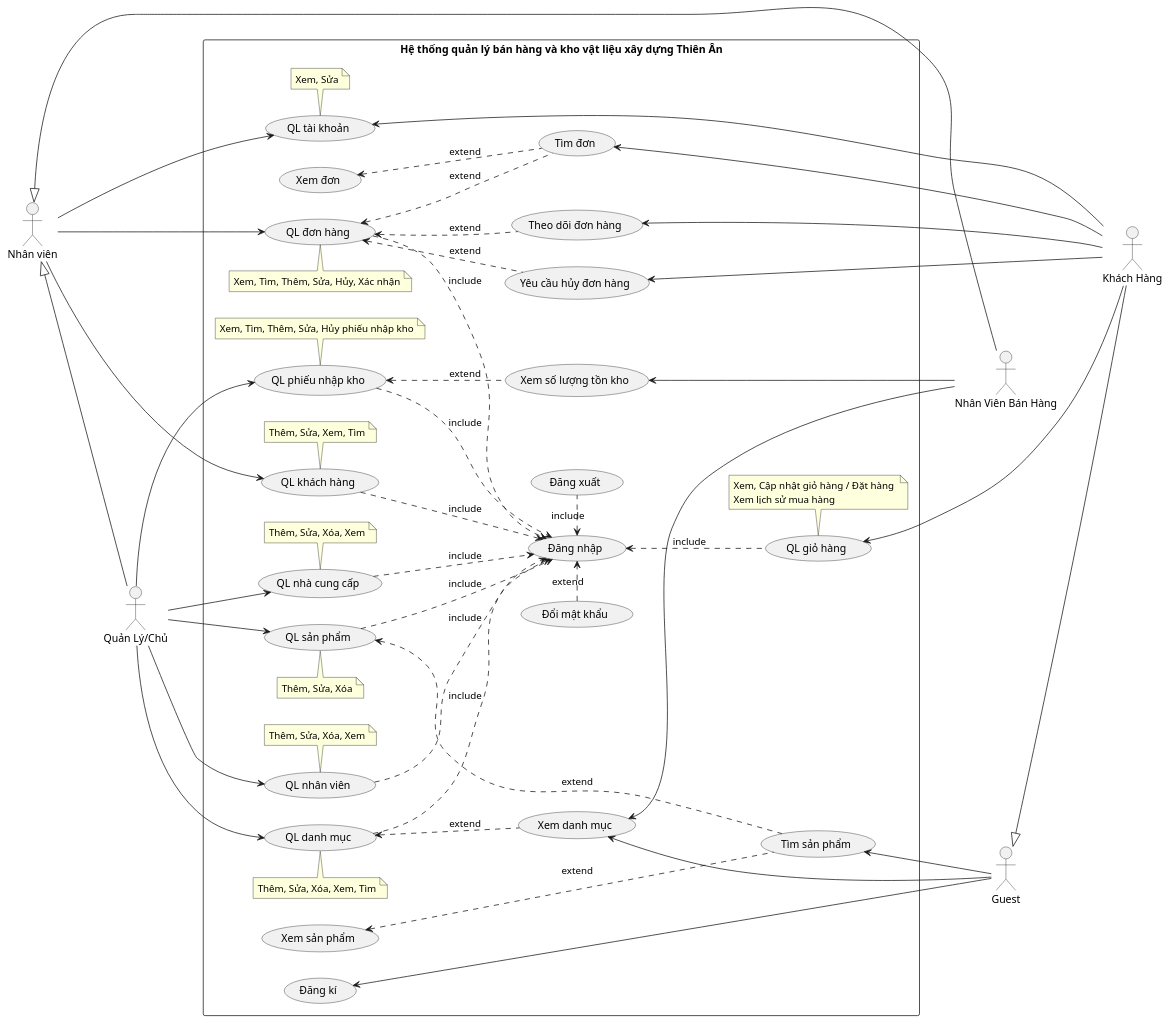
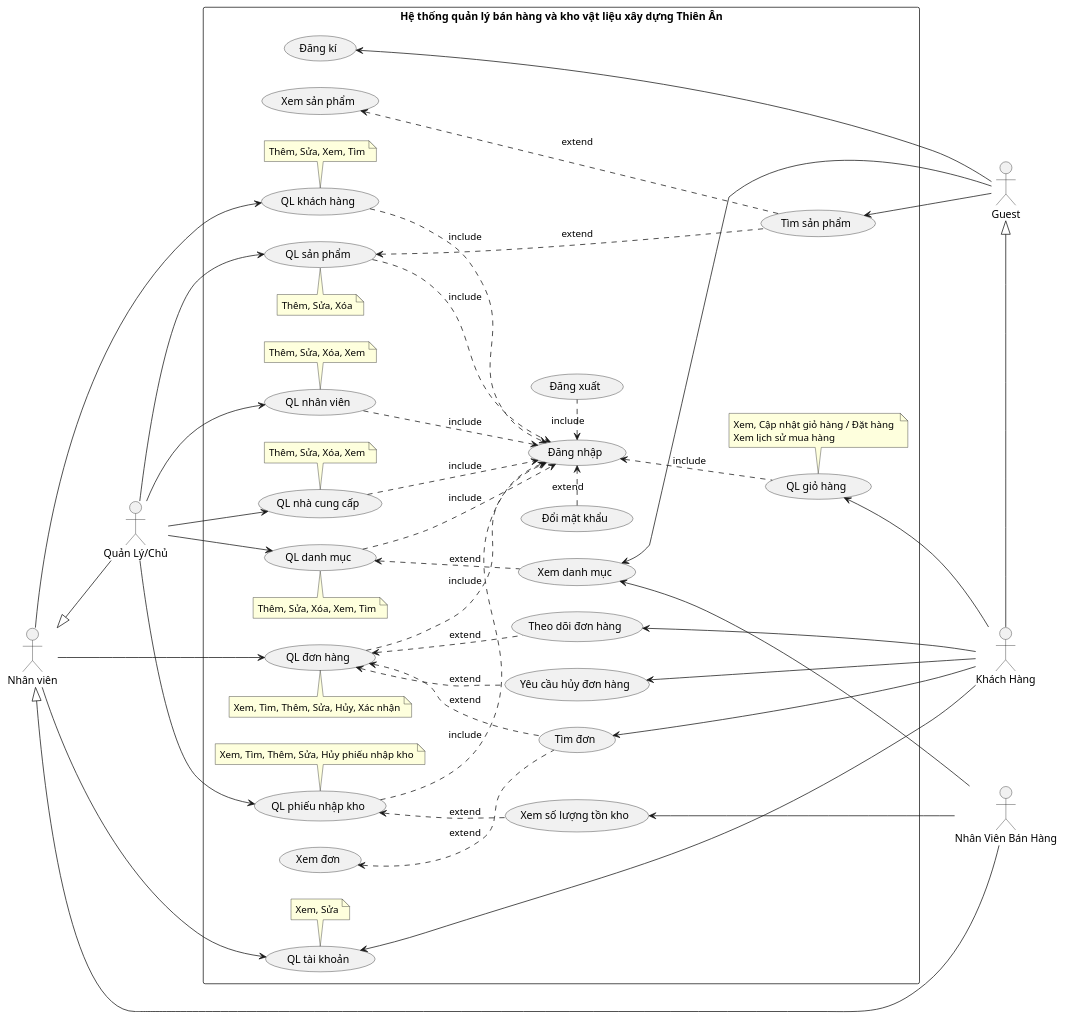
The first of 2 diagrams in assets/plantuml/Oris/Oris-NewUC.puml (ThanhdatOris/LAB2211), drawn with PlantUML before and after one commit.

```diff
--- a/assets/plantuml/Oris/Oris-NewUC.puml
+++ b/assets/plantuml/Oris/Oris-NewUC.puml
@@ -5,144 +5,144 @@
 @startuml
 
 skinparam shadowing false
 left to right direction
 
 '------------- Actor -------------
 
 actor "Nhân viên" as NV
 actor "Quản Lý/Chủ" as NVQL
 actor "Nhân Viên Bán Hàng" as NVBH
 actor "Guest" as GUEST
 actor "Khách Hàng" as KH
 
     '----------- Kế thừa -----------
 
     ' NVQL --|> NV
     NV <|-- NVQL
     ' NVBH --|> NV
-    NV <|-- NVBH
+    NV <|-down- NVBH
     ' KH --|> GUEST
-    GUEST <|-- KH
+    GUEST <|-right- KH
 
 '------------- Boundary -------------
 
 rectangle "Hệ thống quản lý bán hàng và kho vật liệu xây dựng Thiên Ân" {
 
     '>>>>>>>>>>>>>>> Khai báo >>>>>>>>>>>>>>>
 
     '------------- UceeCase Tổng quát -------------
 
     'Quản lý Tài khoản
     (QL tài khoản) as QLTK
     'Quản lý Danh mục
     (QL danh mục) as QLDM
     'Quản lý Kho hàng
     (QL phiếu nhập kho) as QLKHO
     'Quản lý Nhân viên
     (QL nhân viên) as QLNV
     'Quản lý Nhà cung cấp
     (QL nhà cung cấp) as QLNCC
     'Quản lý Đơn hàng
     (QL đơn hàng) as QLDH
     'Quản lý Sản phẩm
     (QL sản phẩm) as QLSP
     'Quản lý Giỏ hàng
     (QL giỏ hàng) as QLGH
     'Quản lý Khách hàng
     (QL khách hàng) as QLKH
 
     note bottom of QLTK: Xem, Sửa
     note top of QLDM: Thêm, Sửa, Xóa, Xem, Tìm
     note bottom of QLKHO: Xem, Tìm, Thêm, Sửa, Hủy phiếu nhập kho
     note bottom of QLNV: Thêm, Sửa, Xóa, Xem
     note bottom of QLNCC: Thêm, Sửa, Xóa, Xem
     note top of QLDH: Xem, Tìm, Thêm, Sửa, Hủy, Xác nhận
     note top of QLSP: Thêm, Sửa, Xóa
     note bottom of QLGH: Xem, Cập nhật giỏ hàng / Đặt hàng \nXem lịch sử mua hàng
     note bottom of QLKH: Thêm, Sửa, Xem, Tìm
 
     '------------- UceeCase Chi tiết -------------
 
     (Xem danh mục) as XEM_DMSP
     (Xem số lượng tồn kho) as XEM_HANG
     (Tìm đơn) as TIM_DH
     (Xem đơn) as XEM_DH
     (Theo dõi đơn hàng) as THEO_DOI_DH
     (Yêu cầu hủy đơn hàng) as YCHUY_DH
     (Xem sản phẩm) as XEM_SP
     (Tìm sản phẩm) as TIM_SP
     
     (Đăng xuất) as Logout
     (Đăng nhập) as Login
     (Đăng kí) as SignUp
     (Đổi mật khẩu) as ChangePass
 
     '>>>>>>>>>>>>>>> Hướng >>>>>>>>>>>>>>
 
     Login <. Logout: include
     ChangePass .> Login : extend
     
     'Tất cả các usecase đều include Login
     QLDM ..> Login : include
     QLDH ..> Login : include
     QLSP ..> Login : include
     QLNCC ..> Login : include
     QLKH ..> Login : include
     QLNV ..> Login : include
     QLKHO ..> Login : include
     Login <.. QLGH: include
 
     '----------- Nhân viên (Parent) -----------
     
     NV --> QLDH
     NV --> QLTK
     NV --> QLKH
 
     '----------- Quản lý -----------
 
     NVQL --> QLDM
     NVQL --> QLKHO
     NVQL --> QLNV
     NVQL --> QLNCC
     NVQL --> QLSP
 
     'Sản phẩm
     QLSP <... TIM_SP: extend
 
     'Danh mục sp
     QLDM <.. XEM_DMSP: extend
 
     'Kho hàng
     QLKHO <.. XEM_HANG  : extend
 
     'Đơn hàng
     QLDH <.. TIM_DH: extend
 
     '----------- Nhân Viên Bán Hàng -----------
 
     ' NVBH ---> XEM_HANG
     ' NVBH --> XEM_DMSP
 
     XEM_HANG <--- NVBH
     XEM_DMSP <--- NVBH
 
     '----------- Khách Hàng -----------
 
     SignUp <- GUEST
     TIM_SP <-- GUEST
     XEM_DMSP <-- GUEST
 
     XEM_SP <... TIM_SP: extend
     XEM_DH <.. TIM_DH: extend
 
     QLDH <.. YCHUY_DH: extend
     QLDH <.. THEO_DOI_DH: extend
 
     QLGH <-- KH
     QLTK <- KH
     YCHUY_DH <-- KH
     THEO_DOI_DH <-- KH
     TIM_DH <-- KH
 }
 
 @enduml
```
